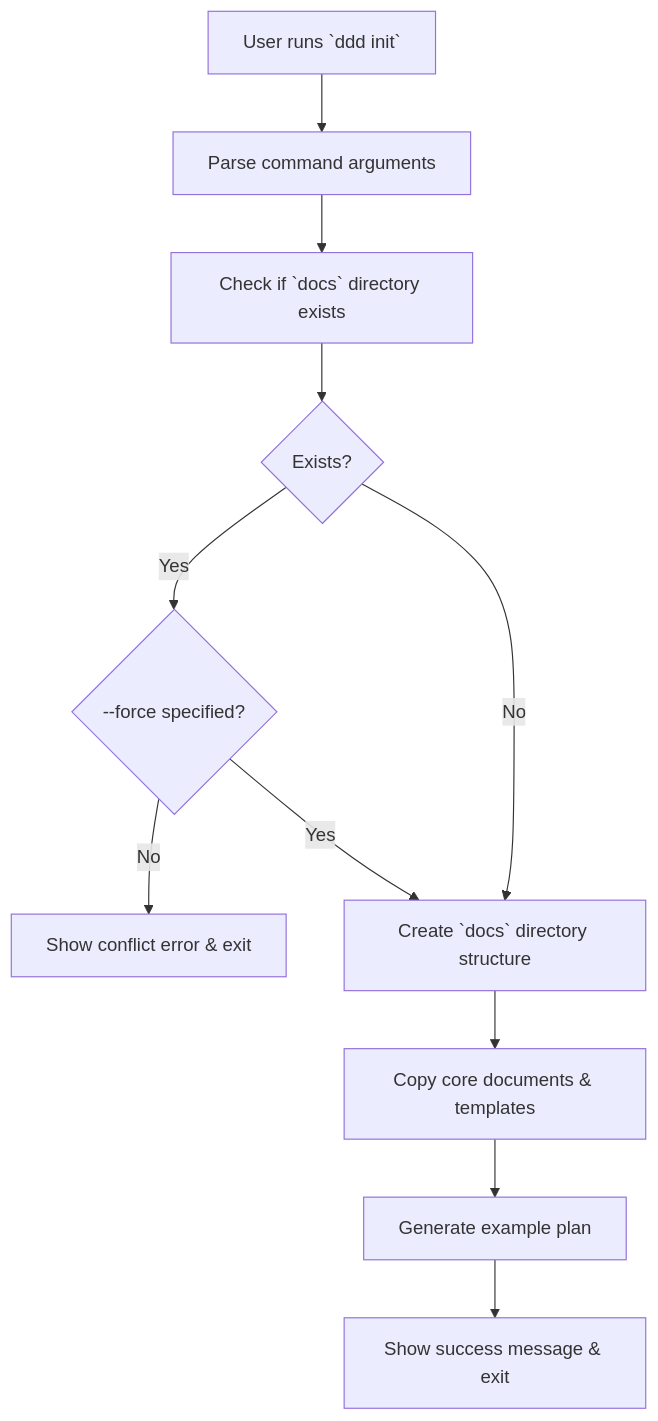
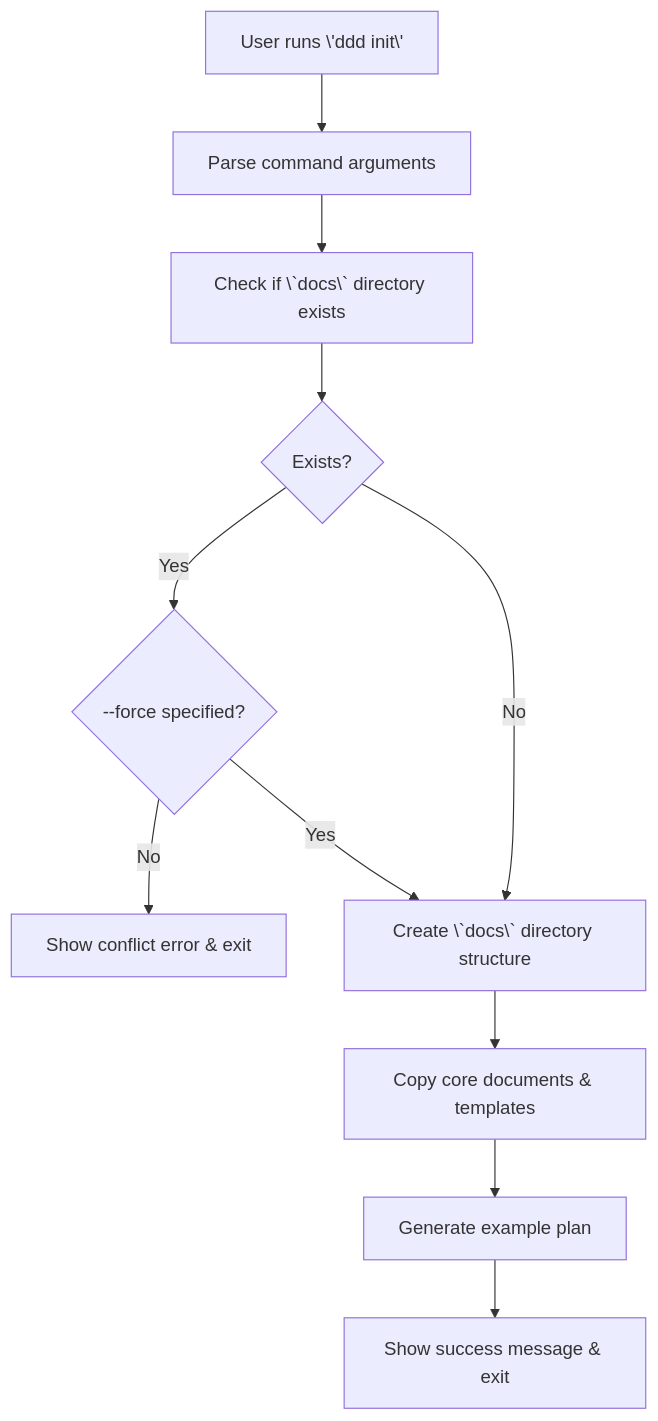
One commit to livelifelively/documentation-driven-development-tools changed the third of 4 diagrams in docs/requirements/p1-p2.t4-init-commands.task.md. Above: the diagram before and after it, drawn with Mermaid. The commit also changed other lines of this file and 5 other files, not shown here.

````diff
--- a/docs/requirements/p1-p2.t4-init-commands.task.md
+++ b/docs/requirements/p1-p2.t4-init-commands.task.md
@@ -146,13 +147,13 @@
 ```mermaid
 graph TD
-    A[User runs `ddd init`] --> B[Parse command arguments]
-    B --> C[Check if `docs` directory exists]
+    A[User runs \'ddd init\'] --> B[Parse command arguments]
+    B --> C[Check if \`docs\` directory exists]
     C --> D{Exists?}
     D -- Yes --> E{--force specified?}
     E -- No --> F[Show conflict error & exit]
-    D -- No --> G[Create `docs` directory structure]
+    D -- No --> G[Create \`docs\` directory structure]
     E -- Yes --> G
     G --> H[Copy core documents & templates]
     H --> I[Generate example plan]
     I --> J[Show success message & exit]
 ```
````
